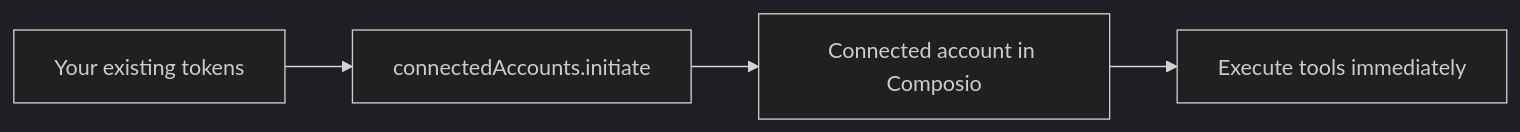
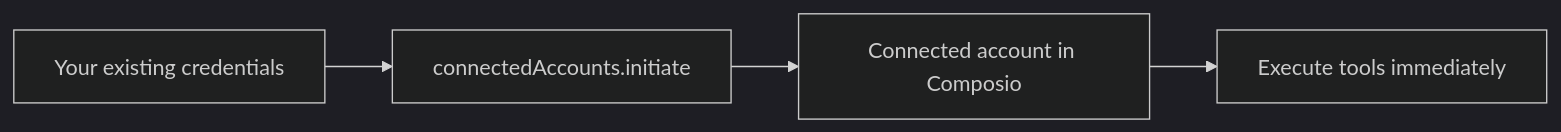
Before and after one commit to azaj01/composio: the diagram in docs/content/docs/importing-existing-connections.mdx, drawn with Mermaid (dark theme). The commit also changed other lines of this file, not shown here.

First line of the commit message:
docs: remove OAuth2 token import from importing-existing-connections

````diff
--- a/docs/content/docs/importing-existing-connections.mdx
+++ b/docs/content/docs/importing-existing-connections.mdx
@@ -18,6 +18,6 @@
 ```mermaid
 graph LR
-    A[Your existing tokens] --> B[connectedAccounts.initiate]
+    A[Your existing credentials] --> B[connectedAccounts.initiate]
     B --> C[Connected account in Composio]
     C --> D[Execute tools immediately]
 ```
````
